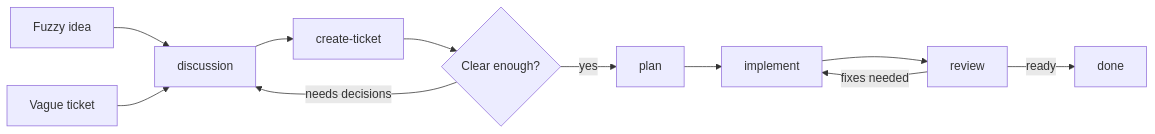
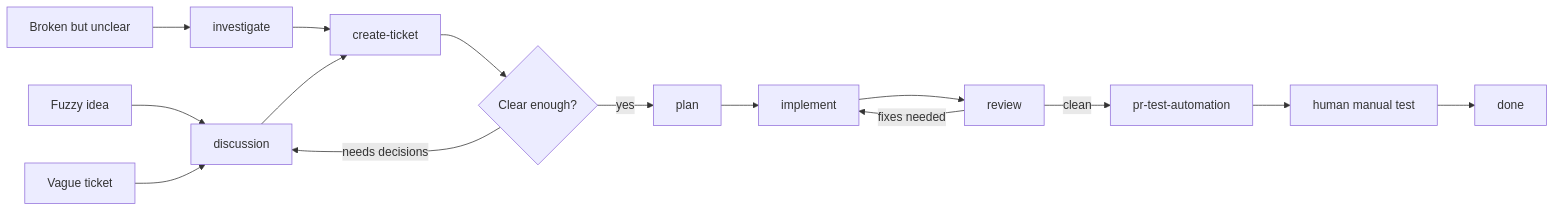
Before and after one commit to dcouple/skills: the first of 2 diagrams in README.md, drawn with Mermaid. The commit also changed other lines of this file, not shown here.

Commit message:
docs: add pr test automation step

````diff
--- a/README.md
+++ b/README.md
@@ -121,13 +133,17 @@
 ```mermaid
 flowchart LR
   F[Fuzzy idea] --> D[discussion]
+  B[Broken but unclear] --> Inv[investigate]
+  Inv --> T
   D --> T[create-ticket]
   V[Vague ticket] --> D
   T --> P{Clear enough?}
   P -->|needs decisions| D
   P -->|yes| Plan[plan]
   Plan --> I[implement]
   I --> R[review]
   R -->|fixes needed| I
-  R -->|ready| Done[done]
+  R -->|clean| QA[pr-test-automation]
+  QA --> H[human manual test]
+  H --> Done[done]
 ```
````
